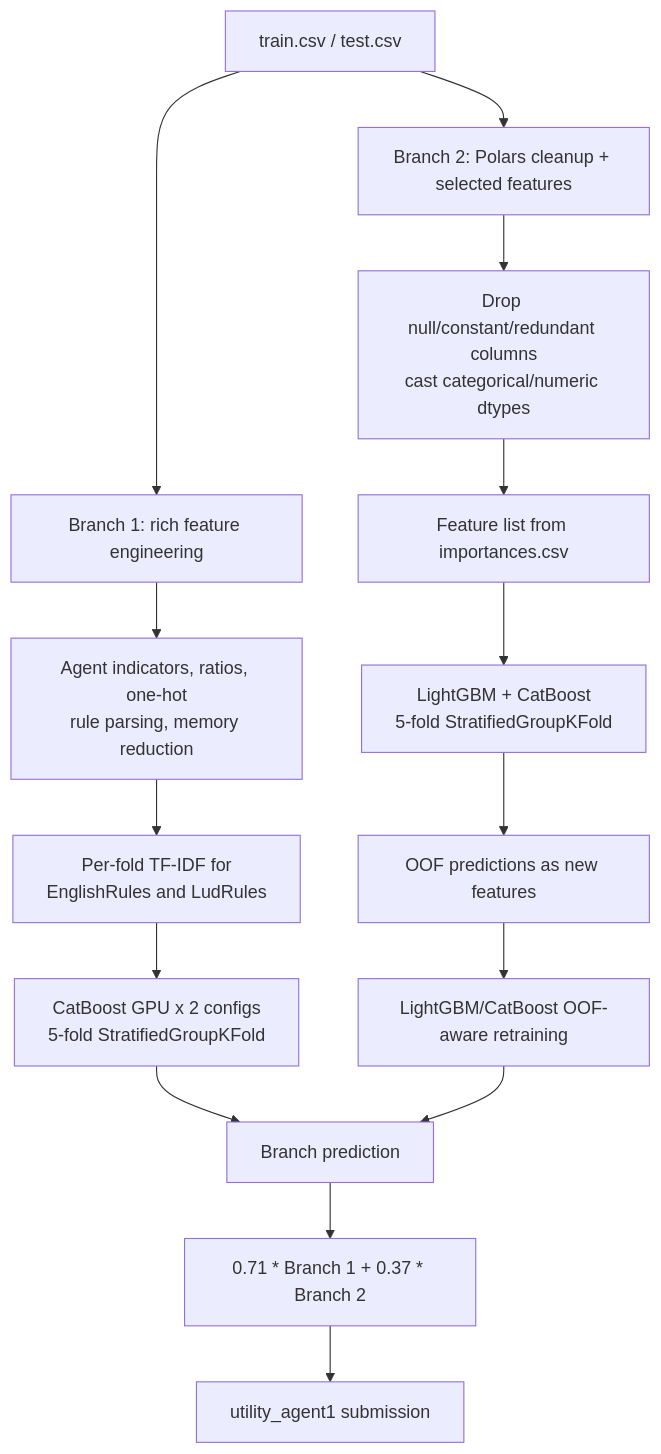
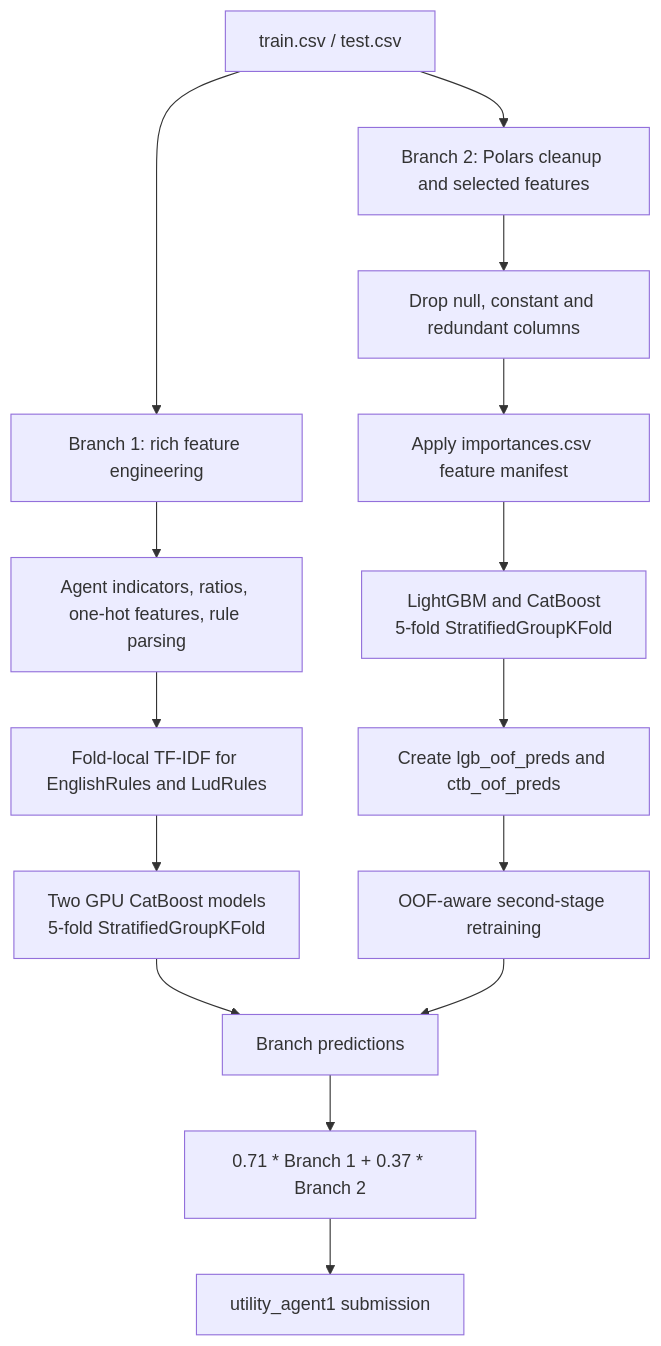
One commit to huajianv587/um-game-playing-strength-of-mcts-variants_huajian changed the diagram in README.md. Above: the diagram before and after it, drawn with Mermaid. The commit also changed other lines of this file and 1 other file, not shown here.

````diff
--- a/README.md
+++ b/README.md
@@ -40,17 +37,17 @@
 ```mermaid
 graph TD
     A[train.csv / test.csv] --> B1[Branch 1: rich feature engineering]
-    A --> B2[Branch 2: Polars cleanup + selected features]
-    B1 --> C1[Agent indicators, ratios, one-hot\nrule parsing, memory reduction]
-    C1 --> D1[Per-fold TF-IDF for\nEnglishRules and LudRules]
-    D1 --> E1[CatBoost GPU x 2 configs\n5-fold StratifiedGroupKFold]
-    B2 --> C2[Drop null/constant/redundant columns\ncast categorical/numeric dtypes]
-    C2 --> D2[Feature list from importances.csv]
-    D2 --> E2[LightGBM + CatBoost\n5-fold StratifiedGroupKFold]
-    E2 --> F2[OOF predictions as new features]
-    F2 --> G2[LightGBM/CatBoost OOF-aware retraining]
-    E1 --> H[Branch prediction]
+    A --> B2[Branch 2: Polars cleanup and selected features]
+    B1 --> C1[Agent indicators, ratios, one-hot features, rule parsing]
+    C1 --> D1[Fold-local TF-IDF for EnglishRules and LudRules]
+    D1 --> E1[Two GPU CatBoost models<br/>5-fold StratifiedGroupKFold]
+    B2 --> C2[Drop null, constant and redundant columns]
+    C2 --> D2[Apply importances.csv feature manifest]
+    D2 --> E2[LightGBM and CatBoost<br/>5-fold StratifiedGroupKFold]
+    E2 --> F2[Create lgb_oof_preds and ctb_oof_preds]
+    F2 --> G2[OOF-aware second-stage retraining]
+    E1 --> H[Branch predictions]
     G2 --> H
     H --> I[0.71 * Branch 1 + 0.37 * Branch 2]
     I --> J[utility_agent1 submission]
 ```
````
